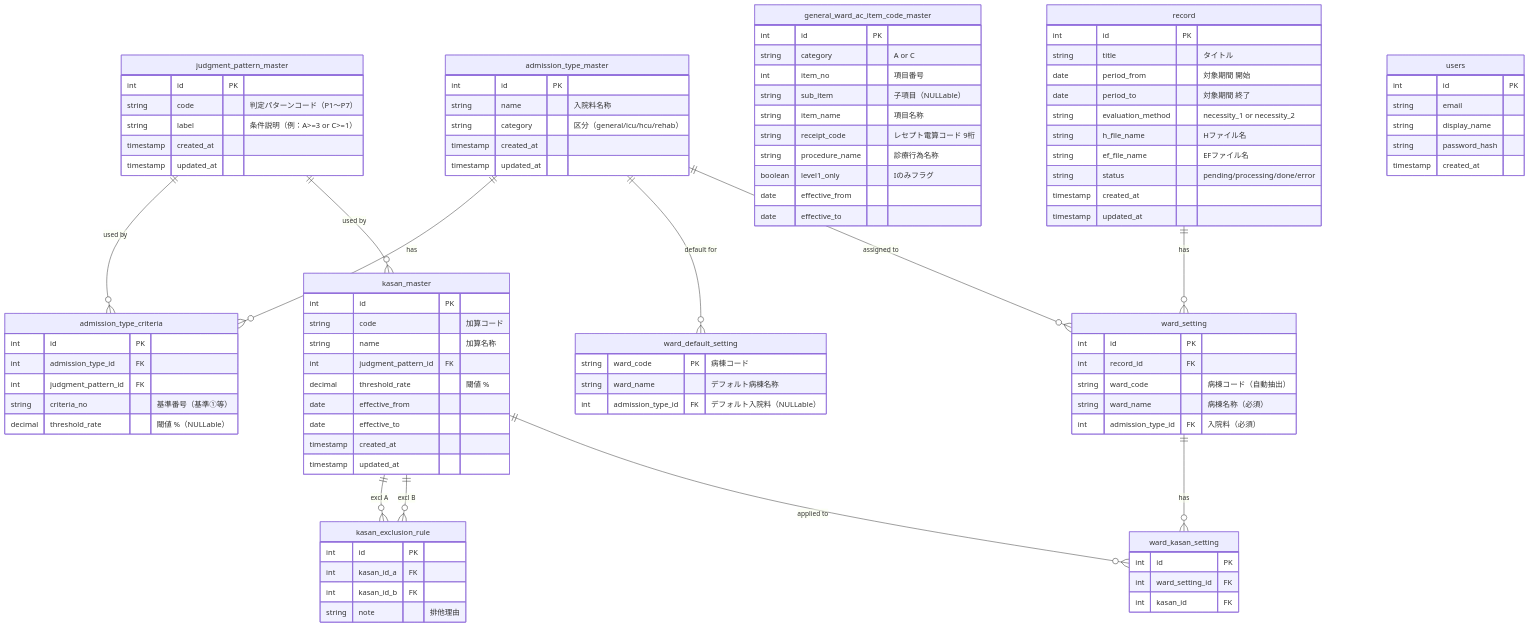
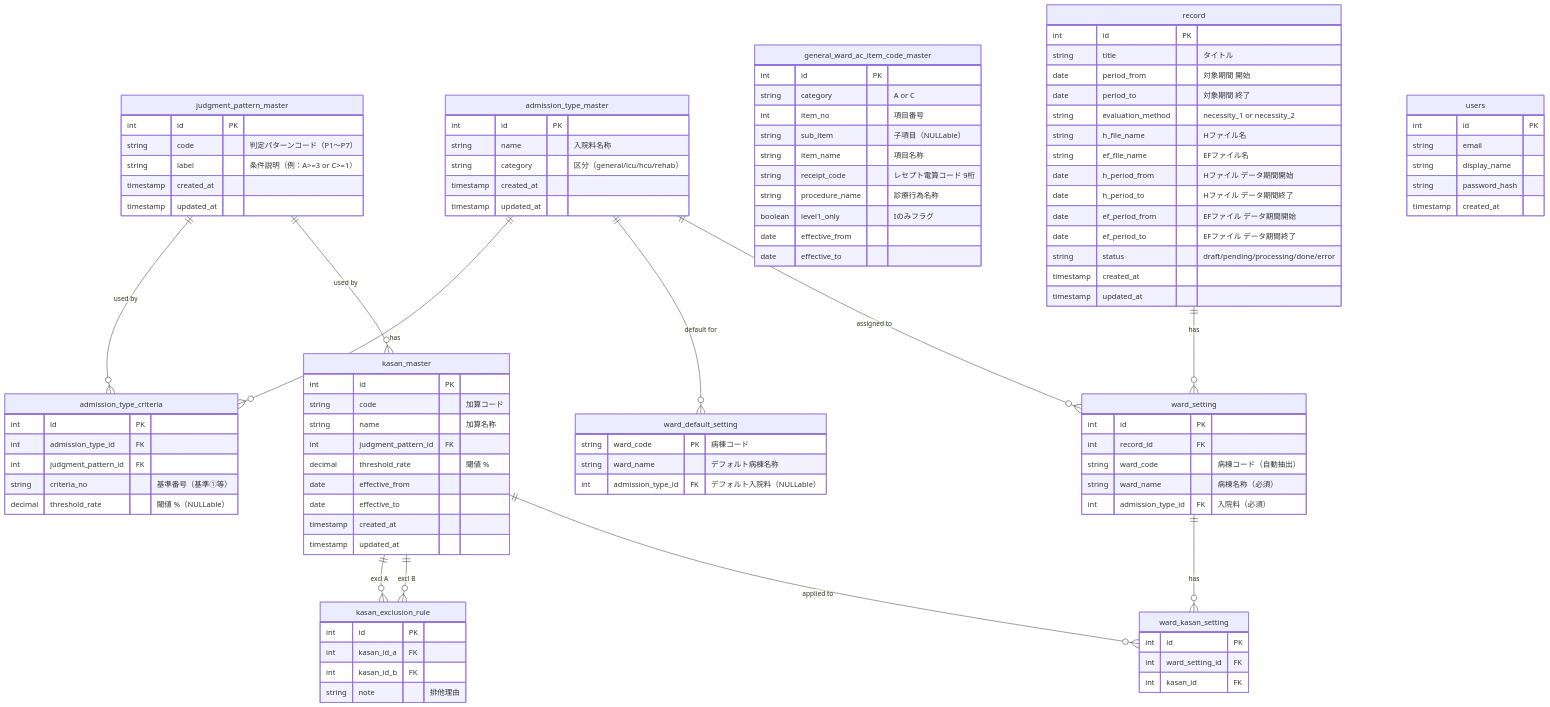
Before and after one commit to kumakumaaaaa/Hitsuyodo-Checker: the diagram in docs/ER図_v0_4.md, drawn with Mermaid. The commit also changed other lines of this file, not shown here.

Commit message:
docs(er): ER図にレコードテーブルのファイルデータ期間カラムを追加

```diff
--- a/docs/ER図_v0_4.md
+++ b/docs/ER図_v0_4.md
@@ -126,7 +127,11 @@
         string evaluation_method "necessity_1 or necessity_2"
         string h_file_name "Hファイル名"
         string ef_file_name "EFファイル名"
-        string status "pending/processing/done/error"
+        date h_period_from "Hファイル データ期間開始"
+        date h_period_to "Hファイル データ期間終了"
+        date ef_period_from "EFファイル データ期間開始"
+        date ef_period_to "EFファイル データ期間終了"
+        string status "draft/pending/processing/done/error"
         timestamp created_at
         timestamp updated_at
     }
```
